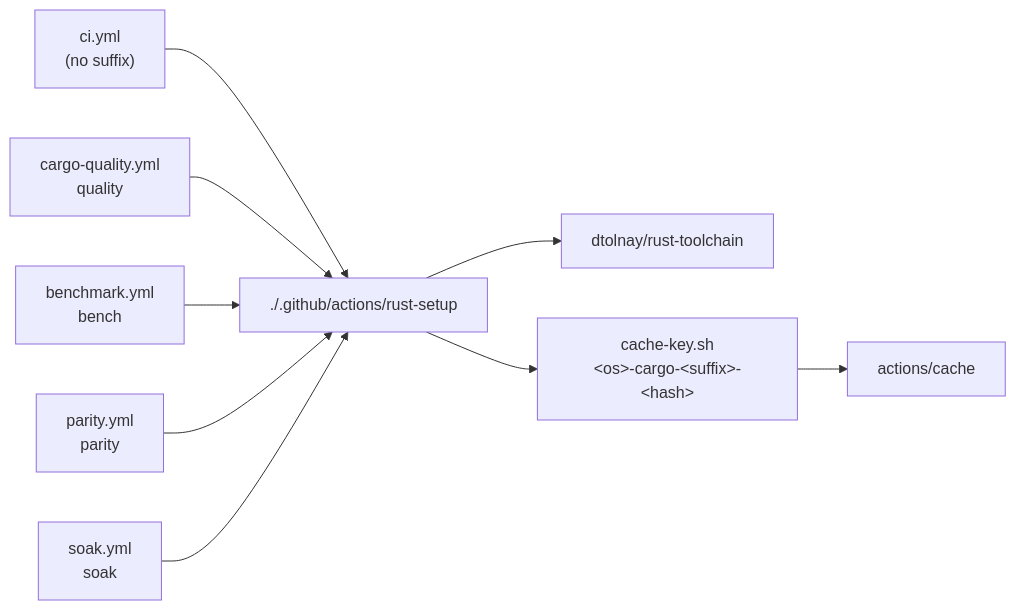
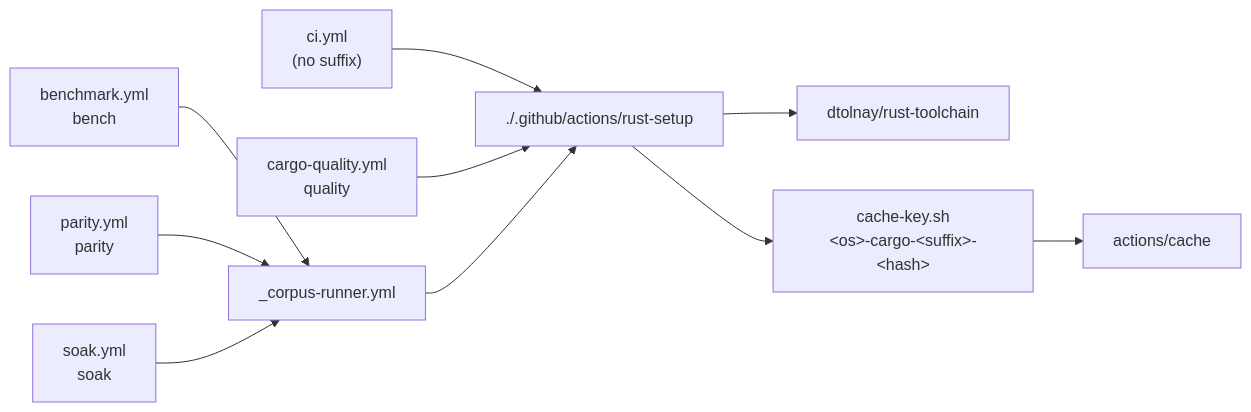
Before and after one commit to stSoftwareAU/NEAT-AI-Refinery: the tenth of 10 diagrams in README.md, drawn with Mermaid. The commit also changed other lines of this file and 12 other files, not shown here.

First line of the commit message:
Extract the corpus workflows' shared setup into _corpus-runner.yml (#68) (#74)

````diff
--- a/README.md
+++ b/README.md
@@ -839,10 +840,11 @@
 ```mermaid
 flowchart LR
     CI["ci.yml<br/>(no suffix)"] --> A["./.github/actions/rust-setup"]
     CQ["cargo-quality.yml<br/>quality"] --> A
-    BM["benchmark.yml<br/>bench"] --> A
-    PA["parity.yml<br/>parity"] --> A
-    SO["soak.yml<br/>soak"] --> A
+    BM["benchmark.yml<br/>bench"] --> CR["_corpus-runner.yml"]
+    PA["parity.yml<br/>parity"] --> CR
+    SO["soak.yml<br/>soak"] --> CR
+    CR --> A
     A --> T[dtolnay/rust-toolchain]
     A --> K["cache-key.sh<br/>&lt;os&gt;-cargo-&lt;suffix&gt;-&lt;hash&gt;"] --> C[actions/cache]
 ```
````
